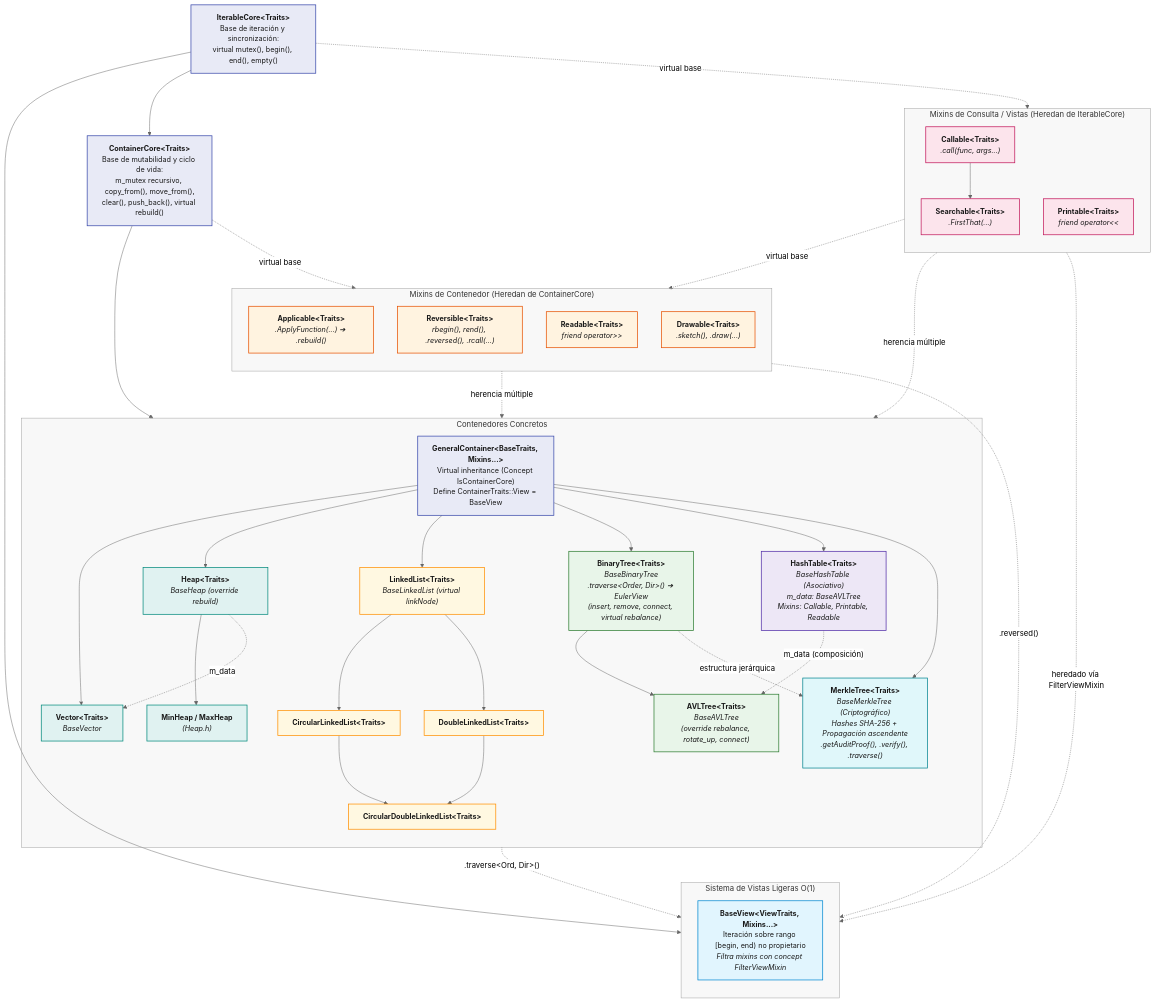
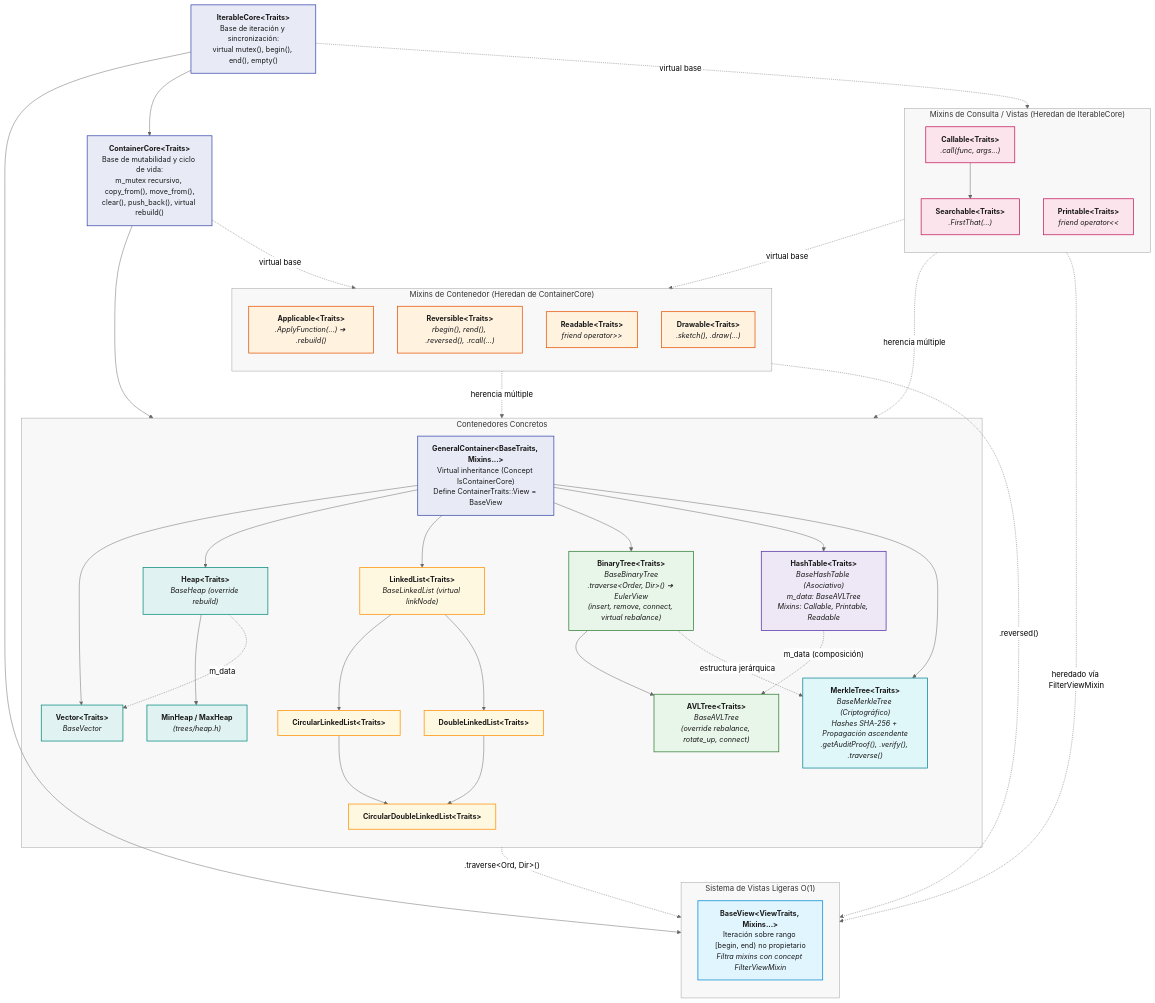
Before and after one commit to AldoLunaBueno/2026-II-CS-UNI-CC0E5-AEDAv: the second of 11 diagrams in README.md, drawn with Mermaid (neutral theme). The commit also changed other lines of this file and 36 other files, not shown here.

Commit message:
refactor: uniformizar estructura y nombres de archivos de código y diagramas

```diff
--- a/README.md
+++ b/README.md
@@ -112,7 +112,7 @@
         V["<b>Vector#lt;Traits#gt;</b><br/><i>BaseVector</i>"]
         
         H["<b>Heap#lt;Traits#gt;</b><br/><i>BaseHeap (override rebuild)</i>"]
-        MH["<b>MinHeap / MaxHeap</b><br/><i>(Heap.h)</i>"]
+        MH["<b>MinHeap / MaxHeap</b><br/><i>(trees/heap.h)</i>"]
         
         LL["<b>LinkedList#lt;Traits#gt;</b><br/><i>BaseLinkedList (virtual linkNode)</i>"]
         LC["<b>CircularLinkedList#lt;Traits#gt;</b>"]
```
